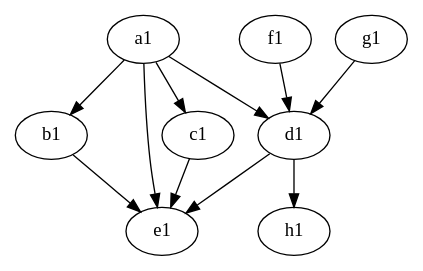
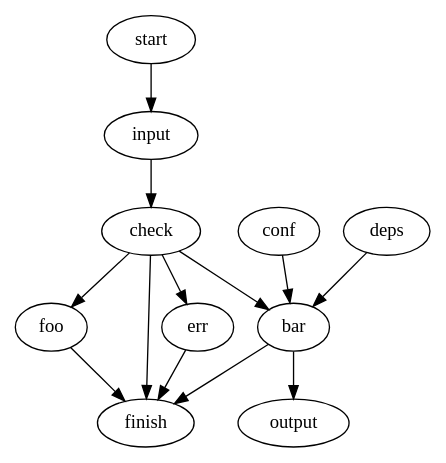
The diagram in other/graphviz.dot (lijh8/misc), drawn with Graphviz before and after one commit.

```diff
--- a/other/graphviz.dot
+++ b/other/graphviz.dot
@@ -1,40 +1,42 @@
 /**
  * https://graphviz.org/about/ ,
  * https://magjac.com/graphviz-visual-editor/ ,
  * https://dreampuf.github.io/GraphvizOnline/ ,
- *
+ * 
  * One edgeop per line; easier to add attributes after the edge.
  * Do not chain more than one edges in one statement.
  * Chaining disallowed if prior node or edge has attributes.
  * Group edges from same source node first.
  * Group edges to same destination node.
- *
+ * 
  * generate image using command:
  *   $ apt install graphviz
  *   $ dot -Tpng example.dot -o example.png
- *
+ * 
  * use image in markdown example.md:
  *   ![](example.png)
- *
+ * 
  * then preview markdown in vscode.
- *
+ * 
  * similar flow chart diagram tools:
  *   mermaid chart, yED, visio.
  */
 // example.dot
 digraph {
+    start -> input;
+    input -> check;
+    
     // group edges from same source node first
-    a1 -> b1;
-    a1 -> e1;
-    a1 -> c1;
-    a1 -> d1;
-
-    // also group edges to same destination node
-    b1 -> e1;
-    c1 -> e1;
-    d1 -> e1;
-
-    d1 -> h1;
-    f1 -> d1;
-    g1 -> d1;
+    check -> foo;
+    check -> finish;
+    check -> err;
+    check -> bar;
+    
+    foo -> finish;
+    err -> finish;
+    bar -> finish;
+    
+    conf -> bar;
+    bar -> output;
+    deps -> bar;
 }
```
